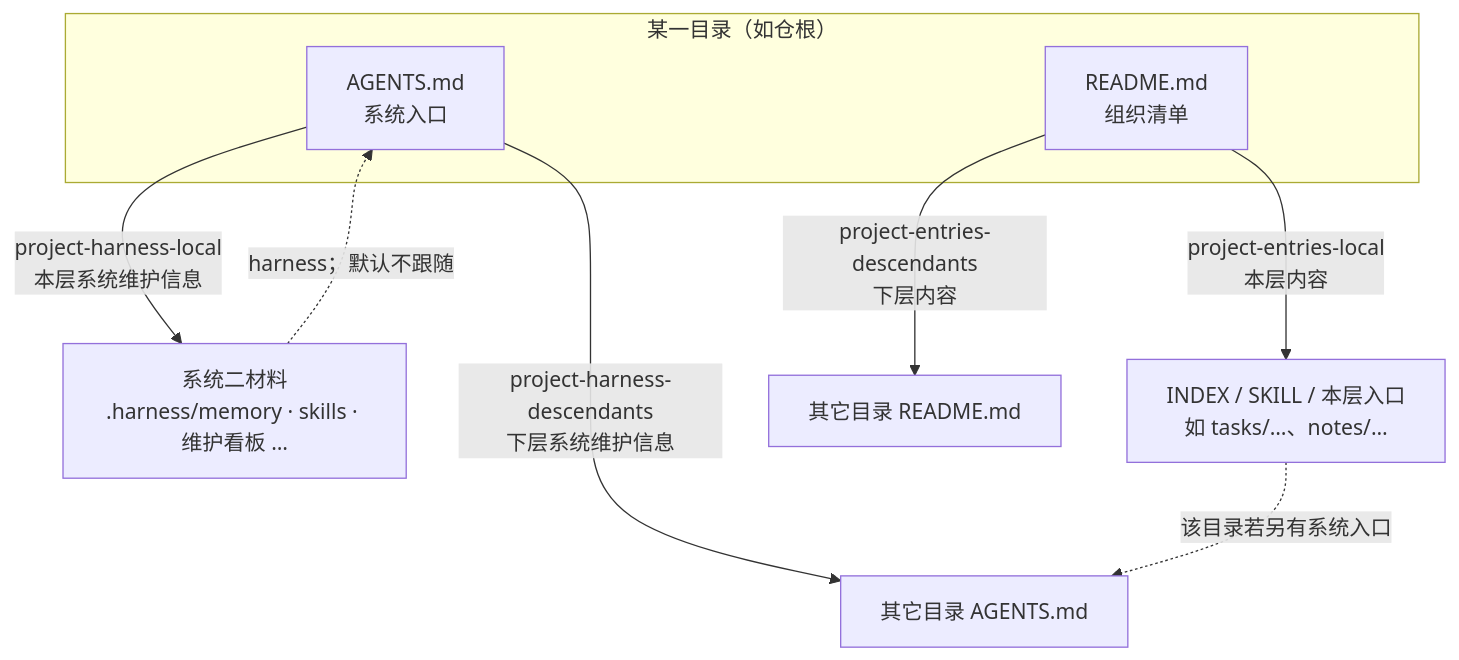
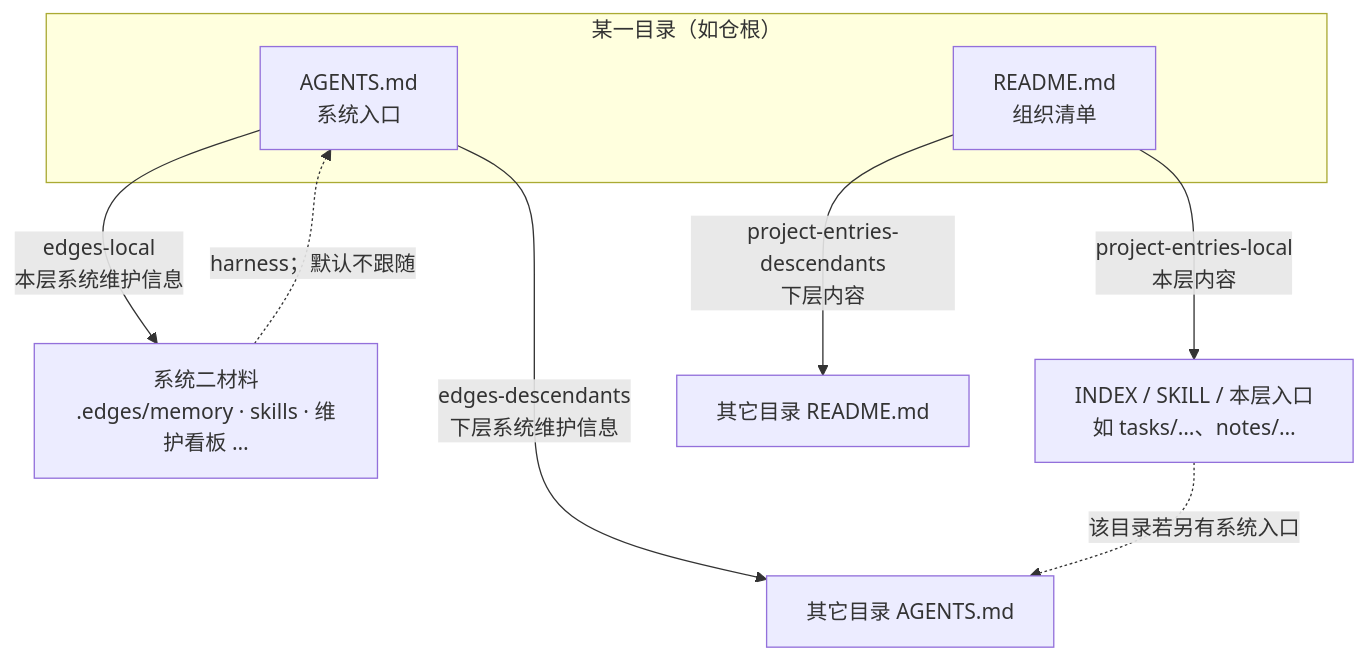
One commit to VirusPC/edges changed the third of 5 diagrams in docs/superpowers/specs/2026-10-06-recursive-system-two-entries-design.md. Above: the diagram before and after it, drawn with Mermaid. The commit also changed other lines of this file and 897 other files, not shown here.

First line of the commit message:
feat: 材料目录从 .harness 更名为 .edges (#67)

````diff
--- a/docs/superpowers/specs/2026-10-06-recursive-system-two-entries-design.md
+++ b/docs/superpowers/specs/2026-10-06-recursive-system-two-entries-design.md
@@ -118,16 +118,16 @@
 ```mermaid
 flowchart TB
   subgraph dir["某一目录（如仓根）"]
     AGENTS["AGENTS.md<br/>系统入口"]
     README["README.md<br/>组织清单"]
   end
 
-  AGENTS -->|project-harness-local<br/>本层系统维护信息| M["系统二材料<br/>.harness/memory · skills · 维护看板 …"]
-  AGENTS -->|project-harness-descendants<br/>下层系统维护信息| ChildAgents["其它目录 AGENTS.md"]
+  AGENTS -->|edges-local<br/>本层系统维护信息| M["系统二材料<br/>.edges/memory · skills · 维护看板 …"]
+  AGENTS -->|edges-descendants<br/>下层系统维护信息| ChildAgents["其它目录 AGENTS.md"]
 
   README -->|project-entries-local<br/>本层内容| Sys1["INDEX / SKILL / 本层入口<br/>如 tasks/…、notes/…"]
   README -->|project-entries-descendants<br/>下层内容| ChildReadme["其它目录 README.md"]
 
   Sys1 -. 该目录若另有系统入口 .-> ChildAgents
   M -. harness；默认不跟随 .-> AGENTS
 ```
````
